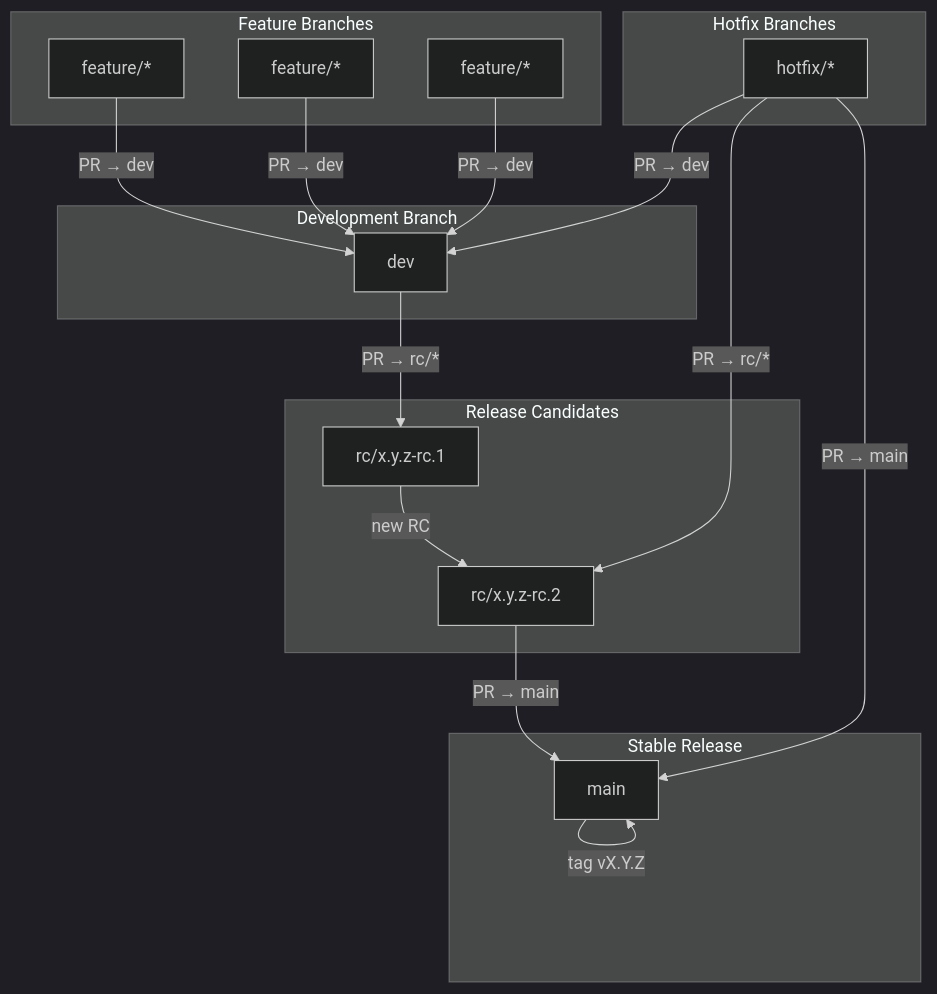
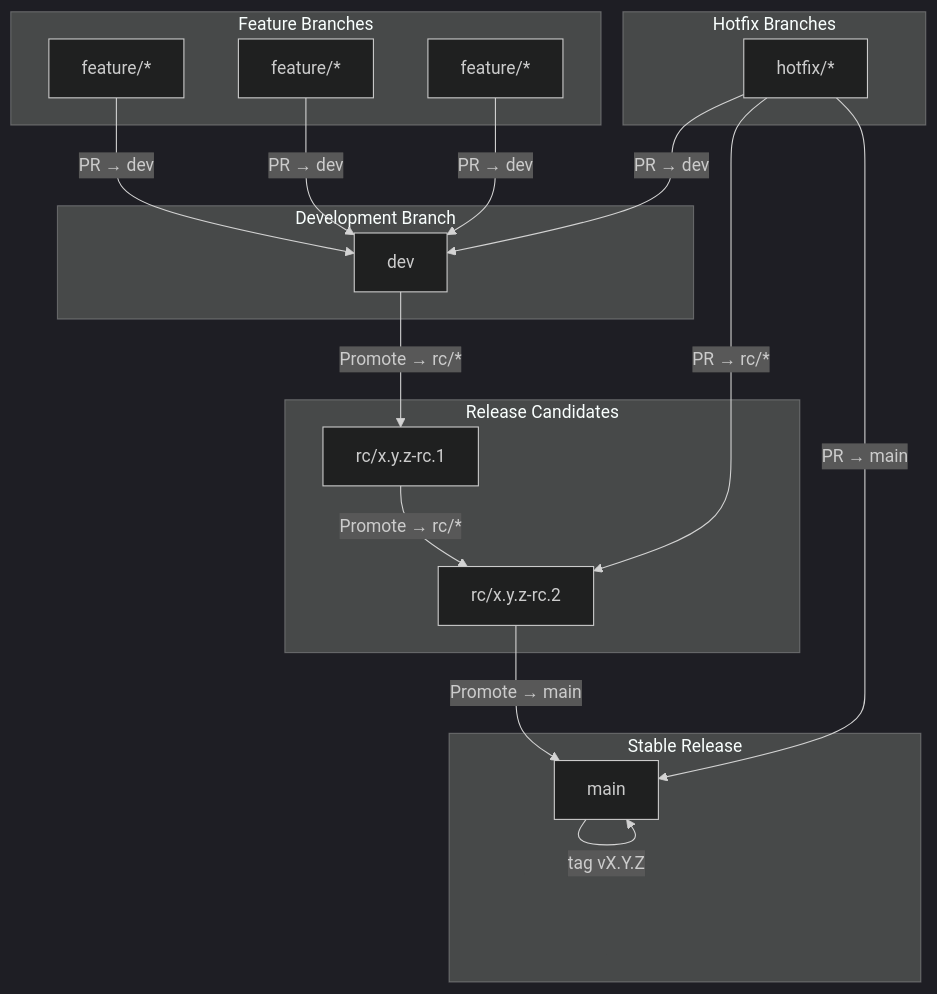
One commit to Chapel-Studios/DnD35e changed the diagram in Branching Model.md. Above: the diagram before and after it, drawn with Mermaid (dark theme). The commit also changed 5 other files, not shown here.

````diff
--- a/Branching Model.md
+++ b/Branching Model.md
@@ -1,46 +1,51 @@
 ```mermaid
 flowchart TD
 
     subgraph FeatureBranches[Feature Branches]
         F1[feature/*]
         F2[feature/*]
         F3[feature/*]
     end
 
     subgraph DevBranch[Development Branch]
         D[dev]
     end
 
     subgraph RCBranches[Release Candidates]
         RC1[rc/x.y.z-rc.1]
         RC2[rc/x.y.z-rc.2]
     end
 
     subgraph MainBranch[Stable Release]
         M[main]
     end
 
     subgraph HotfixBranches[Hotfix Branches]
         H1[hotfix/*]
     end
 
-    %% Feature to Dev
+    %% Feature → Dev
     F1 -->|PR → dev| D
     F2 -->|PR → dev| D
     F3 -->|PR → dev| D
 
-    %% Dev to RC
-    D -->|PR → rc/*| RC1
-    RC1 -->|new RC| RC2
+    %% Hotfix → Dev
+    H1 -->|PR → dev| D
 
-    %% RC to Main
-    RC2 -->|PR → main| M
+    %% Dev → RC (promotion)
+    D -->|Promote → rc/*| RC1
+    RC1 -->|Promote → rc/*| RC2
 
-    %% Hotfix propagation
+    %% RC → Main (promotion)
+    RC2 -->|Promote → main| M
+
+    %% Hotfix → Main
     H1 -->|PR → main| M
-    H1 -->|PR → dev| D
+
+    %% Hotfix → RC
     H1 -->|PR → rc/*| RC2
 
     %% Releases
     M -->|tag vX.Y.Z| M
+
 ```
````
